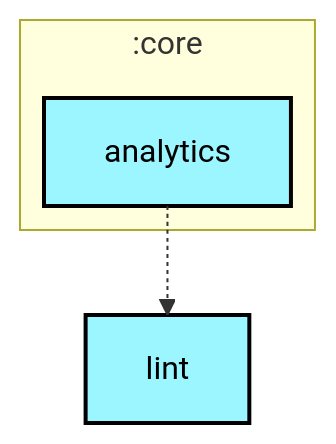
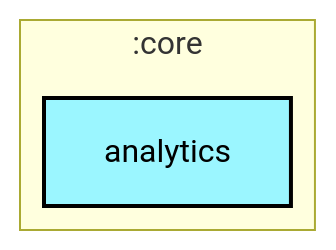
The first of 2 diagrams in core/analytics/README.md (android/nowinandroid), drawn with Mermaid before and after one commit. The commit also changed 30 other files, not shown here.

````diff
--- a/core/analytics/README.md
+++ b/core/analytics/README.md
@@ -6,23 +6,20 @@
 ```mermaid
 ---
 config:
   layout: elk
   elk:
     nodePlacementStrategy: SIMPLE
 ---
 graph TB
   subgraph :core
     direction TB
     :core:analytics[analytics]:::android-library
   end
-  :lint[lint]:::android-library
-
-  :core:analytics -.-> :lint
 
 classDef android-application fill:#CAFFBF,stroke:#000,stroke-width:2px,color:#000;
 classDef android-feature fill:#FFD6A5,stroke:#000,stroke-width:2px,color:#000;
 classDef android-library fill:#9BF6FF,stroke:#000,stroke-width:2px,color:#000;
 classDef android-test fill:#A0C4FF,stroke:#000,stroke-width:2px,color:#000;
 classDef jvm-library fill:#BDB2FF,stroke:#000,stroke-width:2px,color:#000;
 classDef unknown fill:#FFADAD,stroke:#000,stroke-width:2px,color:#000;
 ```
````
